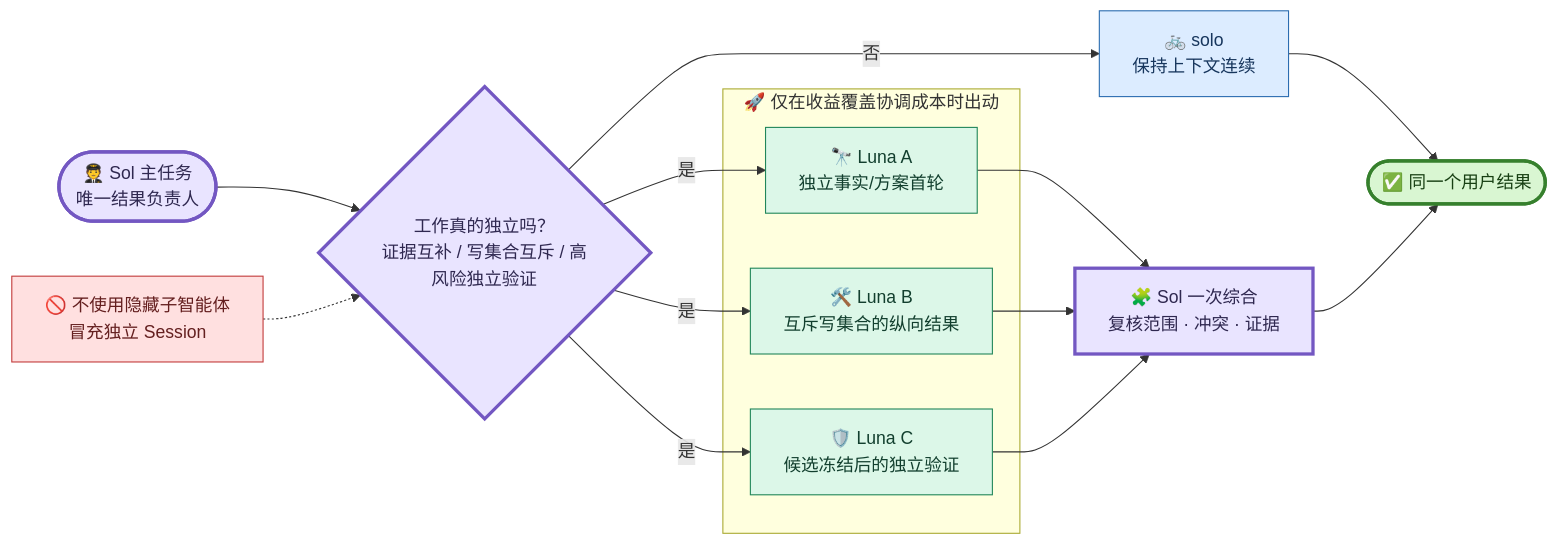
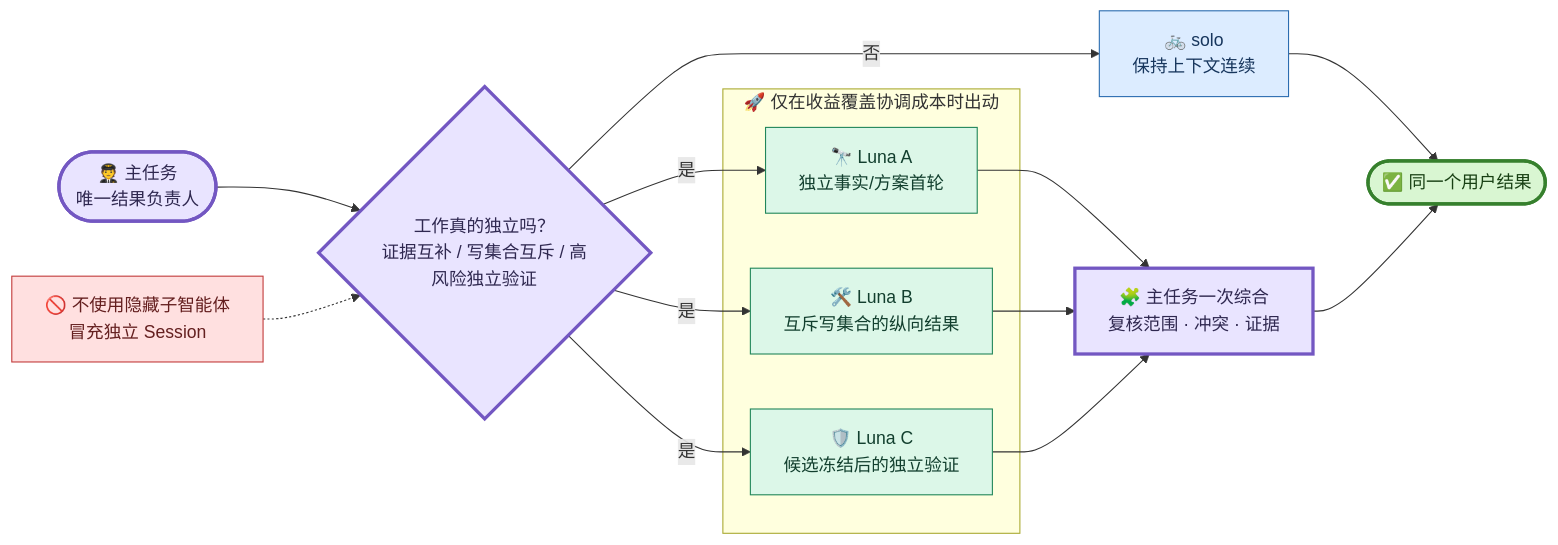
The sixth of 8 diagrams in docs/使用手册/01-Codex-Team-OS日常工作流使用手册.md (kldancer/team-os), drawn with Mermaid before and after one commit. The commit also changed other lines of this file and 9 other files, not shown here.

````diff
--- a/docs/使用手册/01-Codex-Team-OS日常工作流使用手册.md
+++ b/docs/使用手册/01-Codex-Team-OS日常工作流使用手册.md
@@ -253,38 +253,38 @@
 ```mermaid
 flowchart LR
-    CAP(["🧑‍✈️ Sol 主任务<br/>唯一结果负责人"])
+    CAP(["🧑‍✈️ 主任务<br/>唯一结果负责人"])
     DEC{"工作真的独立吗？<br/>证据互补 / 写集合互斥 / 高风险独立验证"}
     SOLO["🚲 solo<br/>保持上下文连续"]
 
     subgraph FLEET["🚀 仅在收益覆盖协调成本时出动"]
         L1["🔭 Luna A<br/>独立事实/方案首轮"]
         L2["🛠️ Luna B<br/>互斥写集合的纵向结果"]
         L3["🛡️ Luna C<br/>候选冻结后的独立验证"]
     end
 
-    MERGE["🧩 Sol 一次综合<br/>复核范围 · 冲突 · 证据"]
+    MERGE["🧩 主任务一次综合<br/>复核范围 · 冲突 · 证据"]
     RESULT(["✅ 同一个用户结果"])
     NO["🚫 不使用隐藏子智能体<br/>冒充独立 Session"]
 
     CAP --> DEC
     DEC -->|"否"| SOLO --> RESULT
     DEC -->|"是"| L1
     DEC -->|"是"| L2
     DEC -->|"是"| L3
     L1 --> MERGE
     L2 --> MERGE
     L3 --> MERGE
     MERGE --> RESULT
     NO -.-> DEC
 
     classDef main fill:#e9e4ff,stroke:#7357c2,color:#2f2850,stroke-width:3px;
     classDef solo fill:#dcecff,stroke:#2b6cb0,color:#17365d;
     classDef luna fill:#dcf7e8,stroke:#21865a,color:#123f2e;
     classDef done fill:#d9f6d2,stroke:#36802d,color:#173f13,stroke-width:3px;
     classDef no fill:#ffe0e0,stroke:#c23b3b,color:#641f1f;
     class CAP,DEC,MERGE main;
     class SOLO solo;
     class L1,L2,L3 luna;
     class RESULT done;
     class NO no;
 ```
````
